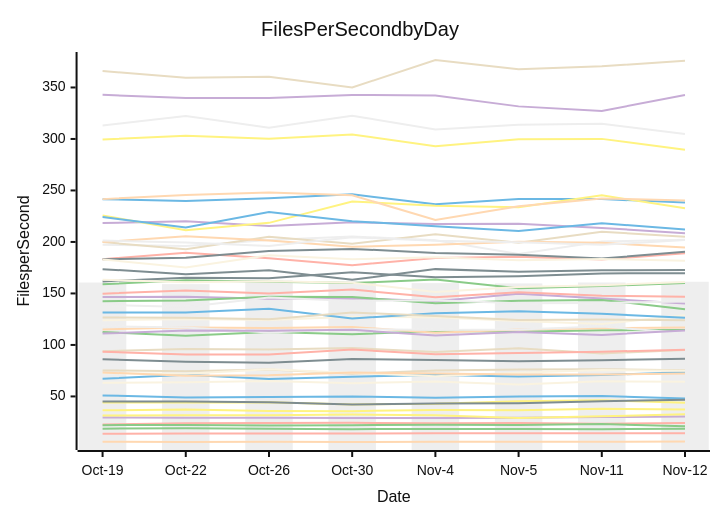
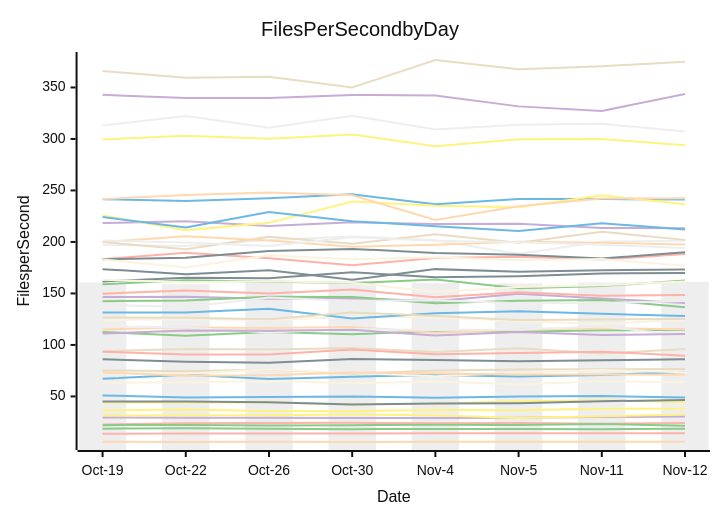
Before and after one commit to streetsidesoftware/cspell: the diagram in perf-report.md, drawn with Mermaid (neutral theme). The commit also changed other lines of this file and 1 other file, not shown here.

````diff
--- a/perf-report.md
+++ b/perf-report.md
@@ -10,57 +10,57 @@
 ```mermaid
 xychart-beta
     title Files Per Second by Day
     y-axis Files per Second
     x-axis Date [Oct-19, Oct-22, Oct-26, Oct-30, Nov-4, Nov-5, Nov-11, Nov-12]
-    bar [160.58, 159.03, 162.88, 161.94, 160.02, 159.72, 160.65, 161.36]
-    line [50.97, 49.03, 49.37, 49.99, 48.68, 50.03, 50.42, 48.06]
-    line [112.56, 109.04, 112.63, 110.40, 113.53, 112.85, 114.15, 114.41]
-    line [146.50, 146.67, 144.85, 145.45, 142.42, 149.63, 145.08, 140.16]
-    line [93.97, 96.00, 95.45, 97.05, 93.17, 96.79, 91.80, 94.96]
-    line [22.78, 23.92, 24.17, 24.43, 23.95, 24.20, 23.49, 24.18]
-    line [36.49, 37.33, 35.82, 35.71, 36.86, 36.50, 38.05, 37.38]
-    line [161.71, 165.23, 164.80, 170.61, 165.61, 166.70, 169.45, 169.63]
-    line [6.02, 5.75, 6.03, 5.80, 6.05, 5.91, 5.92, 6.16]
-    line [63.29, 63.79, 65.07, 62.75, 64.51, 61.69, 64.67, 64.37]
-    line [197.32, 196.05, 201.96, 205.39, 201.71, 188.42, 200.46, 202.24]
-    line [67.05, 71.08, 67.00, 69.09, 70.86, 69.37, 70.88, 73.48]
-    line [18.69, 19.00, 18.63, 18.25, 18.44, 18.38, 18.23, 18.71]
-    line [29.58, 29.31, 29.41, 29.14, 29.07, 29.19, 29.96, 30.46]
-    line [75.28, 74.51, 76.18, 72.03, 75.21, 76.09, 76.34, 75.39]
-    line [93.37, 90.70, 90.60, 95.53, 91.04, 92.11, 93.46, 95.26]
-    line [44.15, 44.08, 44.42, 42.24, 42.88, 45.37, 46.20, 43.95]
-    line [173.59, 168.67, 172.42, 163.25, 173.61, 171.18, 172.63, 172.65]
-    line [115.01, 116.88, 116.53, 117.43, 111.89, 115.01, 116.13, 116.84]
-    line [123.99, 125.15, 124.19, 127.28, 126.86, 123.18, 120.25, 128.87]
-    line [118.00, 116.85, 112.16, 115.50, 114.45, 114.87, 117.85, 111.51]
-    line [131.49, 131.59, 135.21, 125.70, 130.73, 132.76, 130.23, 126.42]
-    line [22.11, 22.28, 21.78, 22.12, 22.59, 22.34, 23.16, 21.16]
-    line [342.86, 339.81, 339.82, 342.79, 342.26, 331.64, 327.21, 342.64]
-    line [199.89, 192.85, 204.98, 198.27, 207.58, 199.26, 209.84, 205.13]
-    line [149.81, 152.74, 149.93, 153.73, 146.39, 151.10, 147.79, 146.76]
-    line [299.41, 303.13, 300.22, 304.34, 292.89, 299.81, 300.08, 289.60]
-    line [45.18, 45.07, 44.31, 42.25, 43.22, 43.49, 45.34, 46.67]
-    line [199.93, 205.59, 201.31, 195.27, 197.35, 200.31, 199.19, 194.52]
-    line [72.64, 71.96, 76.44, 72.80, 69.62, 72.93, 75.62, 74.86]
-    line [201.34, 199.55, 196.07, 204.60, 201.12, 199.63, 197.18, 201.92]
-    line [241.48, 239.78, 242.41, 246.20, 236.64, 241.81, 241.59, 238.24]
-    line [158.95, 162.77, 161.40, 160.02, 163.60, 155.05, 157.20, 160.02]
-    line [218.31, 220.10, 215.49, 219.14, 217.54, 217.64, 213.57, 208.53]
-    line [126.74, 126.46, 125.04, 131.49, 128.05, 124.13, 124.73, 123.93]
-    line [183.26, 189.47, 184.23, 177.36, 184.49, 185.72, 182.94, 188.98]
-    line [225.66, 211.47, 218.53, 239.32, 235.17, 233.67, 245.24, 232.81]
-    line [183.18, 184.56, 191.17, 193.23, 189.38, 187.47, 183.93, 190.44]
-    line [73.27, 70.11, 70.57, 73.22, 72.23, 71.32, 71.25, 72.35]
-    line [183.04, 175.20, 187.18, 183.23, 185.22, 182.14, 183.42, 181.63]
-    line [313.03, 322.37, 310.93, 322.55, 309.17, 313.73, 314.69, 304.78]
-    line [224.21, 213.97, 229.01, 220.21, 215.36, 210.66, 218.14, 212.05]
-    line [142.44, 143.06, 146.69, 146.59, 140.40, 143.02, 143.74, 134.65]
-    line [111.02, 113.95, 113.80, 114.69, 109.15, 112.48, 109.72, 114.08]
-    line [365.93, 359.34, 360.33, 349.95, 376.67, 367.68, 370.64, 375.88]
-    line [13.81, 14.01, 14.02, 13.97, 14.18, 14.33, 14.26, 14.27]
-    line [31.44, 31.67, 31.78, 32.41, 31.83, 29.14, 30.76, 32.60]
-    line [86.03, 83.62, 82.78, 86.40, 85.26, 84.18, 85.13, 86.65]
-    line [241.58, 245.56, 247.95, 245.41, 221.31, 234.75, 242.27, 240.19]
-    line [163.29, 160.80, 161.82, 160.48, 151.46, 156.36, 158.02, 160.99]
-    line [139.08, 136.76, 146.14, 142.74, 143.48, 140.52, 140.72, 142.11]
+    bar [160.58, 159.03, 162.88, 161.94, 160.02, 159.72, 160.65, 161.35]
+    line [50.97, 49.03, 49.37, 49.99, 48.68, 50.03, 50.42, 49.00]
+    line [112.56, 109.04, 112.63, 110.40, 113.53, 112.85, 114.15, 114.65]
+    line [146.50, 146.67, 144.85, 145.45, 142.42, 149.63, 145.08, 140.78]
+    line [93.97, 96.00, 95.45, 97.05, 93.17, 96.79, 91.80, 95.95]
+    line [22.78, 23.92, 24.17, 24.43, 23.95, 24.20, 23.49, 24.08]
+    line [36.49, 37.33, 35.82, 35.71, 36.86, 36.50, 38.05, 38.19]
+    line [161.71, 165.23, 164.80, 170.61, 165.61, 166.70, 169.45, 169.81]
+    line [6.02, 5.75, 6.03, 5.80, 6.05, 5.91, 5.92, 6.05]
+    line [63.29, 63.79, 65.07, 62.75, 64.51, 61.69, 64.67, 63.79]
+    line [197.32, 196.05, 201.96, 205.39, 201.71, 188.42, 200.46, 201.07]
+    line [67.05, 71.08, 67.00, 69.09, 70.86, 69.37, 70.88, 73.81]
+    line [18.69, 19.00, 18.63, 18.25, 18.44, 18.38, 18.23, 18.67]
+    line [29.58, 29.31, 29.41, 29.14, 29.07, 29.19, 29.96, 30.60]
+    line [75.28, 74.51, 76.18, 72.03, 75.21, 76.09, 76.34, 76.58]
+    line [93.37, 90.70, 90.60, 95.53, 91.04, 92.11, 93.46, 89.53]
+    line [44.15, 44.08, 44.42, 42.24, 42.88, 45.37, 46.20, 44.50]
+    line [173.59, 168.67, 172.42, 163.25, 173.61, 171.18, 172.63, 173.35]
+    line [115.01, 116.88, 116.53, 117.43, 111.89, 115.01, 116.13, 115.22]
+    line [123.99, 125.15, 124.19, 127.28, 126.86, 123.18, 120.25, 124.45]
+    line [118.00, 116.85, 112.16, 115.50, 114.45, 114.87, 117.85, 109.38]
+    line [131.49, 131.59, 135.21, 125.70, 130.73, 132.76, 130.23, 128.16]
+    line [22.11, 22.28, 21.78, 22.12, 22.59, 22.34, 23.16, 21.54]
+    line [342.86, 339.81, 339.82, 342.79, 342.26, 331.64, 327.21, 343.58]
+    line [199.89, 192.85, 204.98, 198.27, 207.58, 199.26, 209.84, 202.01]
+    line [149.81, 152.74, 149.93, 153.73, 146.39, 151.10, 147.79, 148.60]
+    line [299.41, 303.13, 300.22, 304.34, 292.89, 299.81, 300.08, 293.90]
+    line [45.18, 45.07, 44.31, 42.25, 43.22, 43.49, 45.34, 46.46]
+    line [199.93, 205.59, 201.31, 195.27, 197.35, 200.31, 199.19, 197.63]
+    line [72.64, 71.96, 76.44, 72.80, 69.62, 72.93, 75.62, 73.39]
+    line [201.34, 199.55, 196.07, 204.60, 201.12, 199.63, 197.18, 194.05]
+    line [241.48, 239.78, 242.41, 246.20, 236.64, 241.81, 241.59, 241.14]
+    line [158.95, 162.77, 161.40, 160.02, 163.60, 155.05, 157.20, 162.55]
+    line [218.31, 220.10, 215.49, 219.14, 217.54, 217.64, 213.57, 213.32]
+    line [126.74, 126.46, 125.04, 131.49, 128.05, 124.13, 124.73, 125.27]
+    line [183.26, 189.47, 184.23, 177.36, 184.49, 185.72, 182.94, 188.28]
+    line [225.66, 211.47, 218.53, 239.32, 235.17, 233.67, 245.24, 236.50]
+    line [183.18, 184.56, 191.17, 193.23, 189.38, 187.47, 183.93, 189.93]
+    line [73.27, 70.11, 70.57, 73.22, 72.23, 71.32, 71.25, 71.08]
+    line [183.04, 175.20, 187.18, 183.23, 185.22, 182.14, 183.42, 176.89]
+    line [313.03, 322.37, 310.93, 322.55, 309.17, 313.73, 314.69, 307.18]
+    line [224.21, 213.97, 229.01, 220.21, 215.36, 210.66, 218.14, 212.13]
+    line [142.44, 143.06, 146.69, 146.59, 140.40, 143.02, 143.74, 136.69]
+    line [111.02, 113.95, 113.80, 114.69, 109.15, 112.48, 109.72, 110.55]
+    line [365.93, 359.34, 360.33, 349.95, 376.67, 367.68, 370.64, 374.87]
+    line [13.81, 14.01, 14.02, 13.97, 14.18, 14.33, 14.26, 14.23]
+    line [31.44, 31.67, 31.78, 32.41, 31.83, 29.14, 30.76, 32.43]
+    line [86.03, 83.62, 82.78, 86.40, 85.26, 84.18, 85.13, 86.07]
+    line [241.58, 245.56, 247.95, 245.41, 221.31, 234.75, 242.27, 242.37]
+    line [163.29, 160.80, 161.82, 160.48, 151.46, 156.36, 158.02, 161.56]
+    line [139.08, 136.76, 146.14, 142.74, 143.48, 140.52, 140.72, 142.75]
 ```
````
